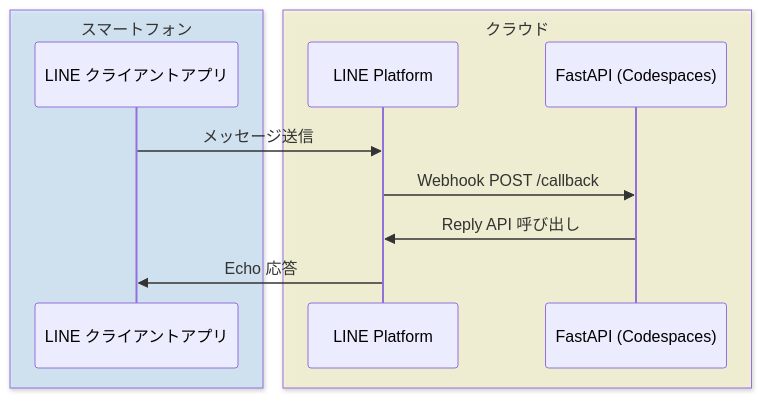
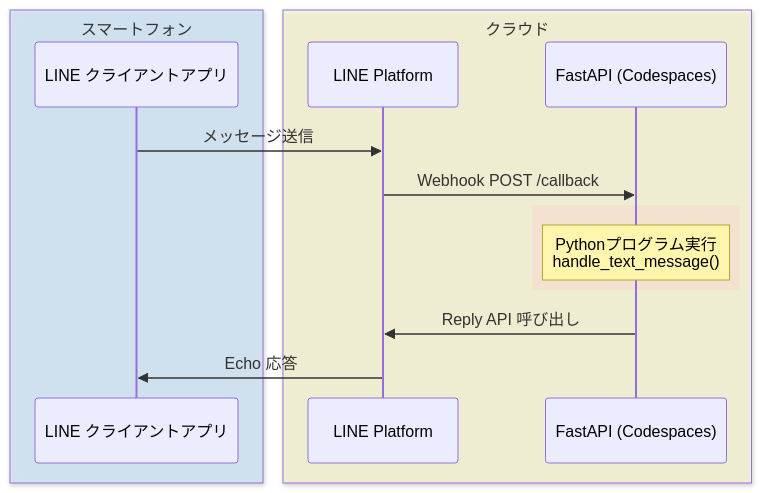
Before and after one commit to TORIFUKUKaiou/qiita_articles: the diagram in public/20251203-「迷わず行けよ」LINE Echo Botで学ぶ3分クッキング開発 〜 Codespaces + FastAPI + uv で即動かす 〜.md, drawn with Mermaid. The commit also changed other lines of this file and 28 other files, not shown here.

````diff
--- a/public/20251203-「迷わず行けよ」LINE Echo Botで学ぶ3分クッキング開発 〜 Codespaces + FastAPI + uv で即動かす 〜.md
+++ b/public/20251203-「迷わず行けよ」LINE Echo Botで学ぶ3分クッキング開発 〜 Codespaces + FastAPI + uv で即動かす 〜.md
@@ -46,14 +46,17 @@
 ```mermaid
 sequenceDiagram
     box rgba(204, 232, 255, 0.6) スマートフォン
         participant C as LINE クライアントアプリ
     end
     box rgba(255, 253, 208, 0.6) クラウド
         participant P as LINE Platform
         participant F as FastAPI (Codespaces)
     end
     C->>P: メッセージ送信
     P->>F: Webhook POST /callback
+    rect rgba(255, 200, 200, 0.3)
+        Note over F: Pythonプログラム実行<br/>handle_text_message()
+    end
     F->>P: Reply API 呼び出し
     P->>C: Echo 応答
 ```
````
